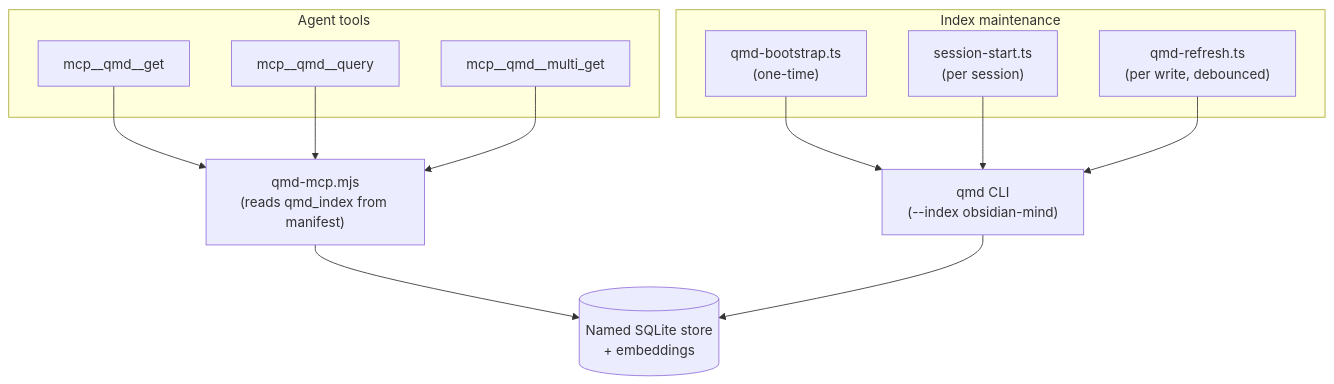
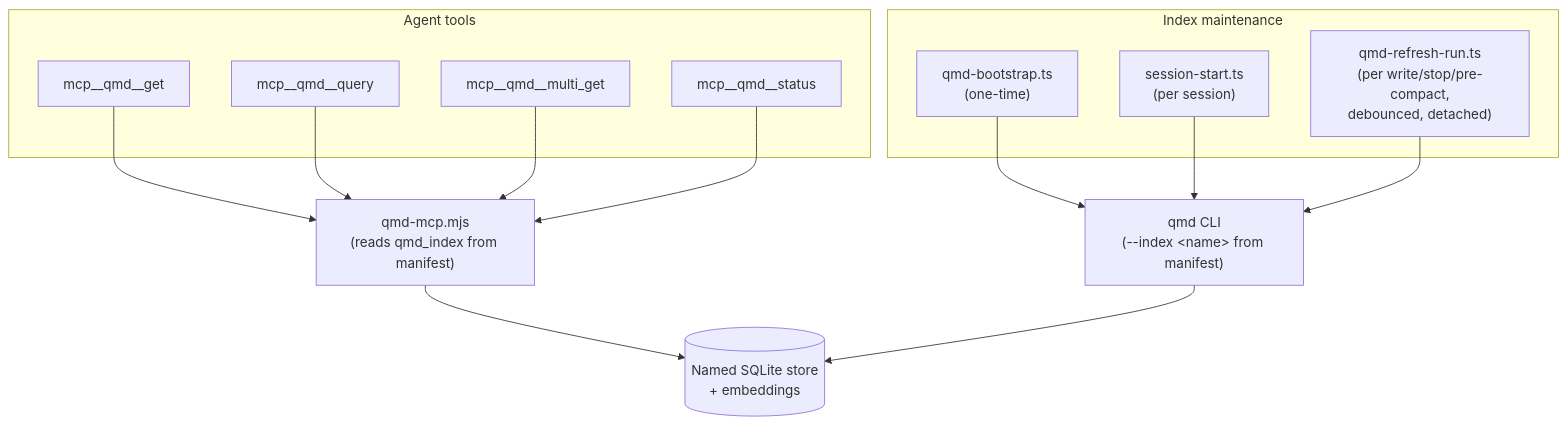
One commit to breferrari/obsidian-mind changed the fourth of 7 diagrams in ARCHITECTURE.md. Above: the diagram before and after it, drawn with Mermaid. The commit also changed other lines of this file, not shown here.

````diff
--- a/ARCHITECTURE.md
+++ b/ARCHITECTURE.md
@@ -183,25 +185,27 @@
 ```mermaid
 flowchart TB
     subgraph Reader["Agent tools"]
         MCP_get["mcp__qmd__get"]
         MCP_query["mcp__qmd__query"]
         MCP_multi["mcp__qmd__multi_get"]
+        MCP_status["mcp__qmd__status"]
     end
     subgraph Writer["Index maintenance"]
         Boot["qmd-bootstrap.ts<br/>(one-time)"]
         Session["session-start.ts<br/>(per session)"]
-        Refresh["qmd-refresh.ts<br/>(per write, debounced)"]
+        Refresh["qmd-refresh-run.ts<br/>(per write/stop/pre-compact,<br/>debounced, detached)"]
     end
     Wrapper["qmd-mcp.mjs<br/>(reads qmd_index from manifest)"]
-    CLI["qmd CLI<br/>(--index obsidian-mind)"]
+    CLI["qmd CLI<br/>(--index &lt;name&gt; from manifest)"]
     Store[("Named SQLite store<br/>+ embeddings")]
 
     MCP_get --> Wrapper
     MCP_query --> Wrapper
     MCP_multi --> Wrapper
+    MCP_status --> Wrapper
     Wrapper --> Store
     Boot --> CLI
     Session --> CLI
     Refresh --> CLI
     CLI --> Store
 ```
````
